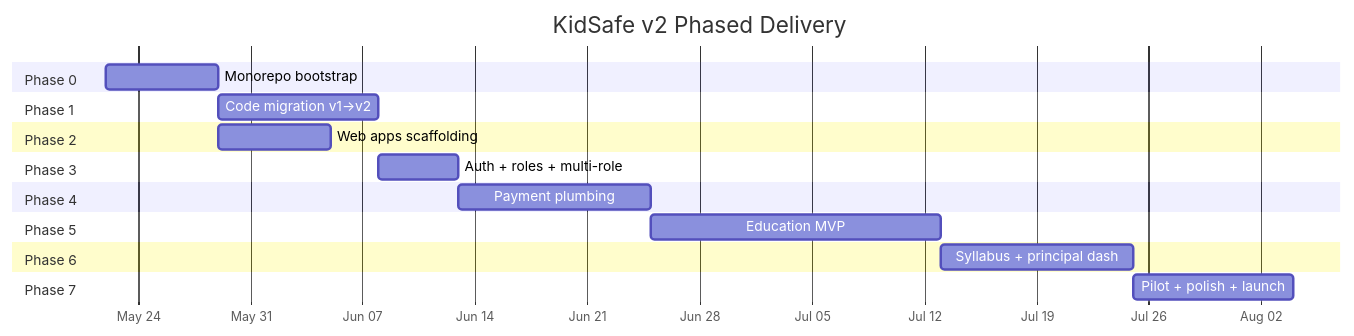
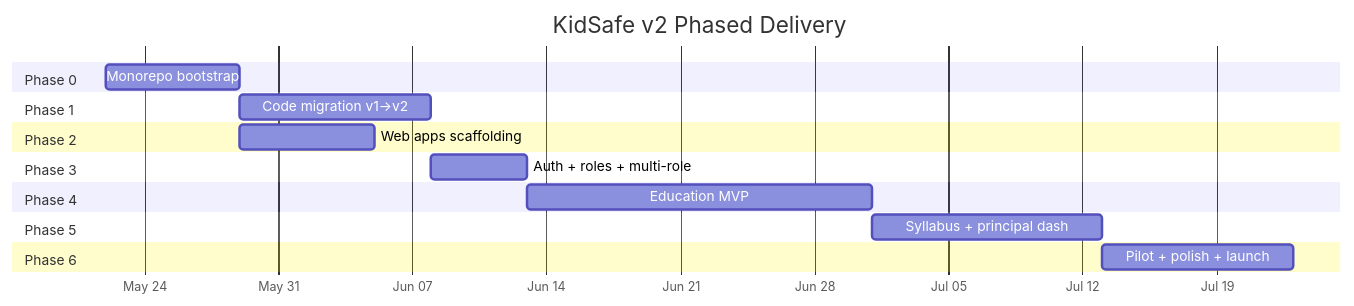
One commit to ZerebroKid/kidsafe-school changed the first of 2 diagrams in docs/V2_BUILD_PHASES.md. Above: the diagram before and after it, drawn with Mermaid. The commit also changed other lines of this file and 3 other files, not shown here.

````diff
--- a/docs/V2_BUILD_PHASES.md
+++ b/docs/V2_BUILD_PHASES.md
@@ -14,30 +14,27 @@
 ```mermaid
 gantt
   title KidSafe v2 Phased Delivery
   dateFormat YYYY-MM-DD
   axisFormat %b %d
 
   section Phase 0
   Monorepo bootstrap            :p0, 2026-05-22, 7d
 
   section Phase 1
   Code migration v1->v2         :p1, after p0, 10d
 
   section Phase 2
   Web apps scaffolding          :p2, after p0, 7d
 
   section Phase 3
   Auth + roles + multi-role     :p3, after p1, 5d
 
   section Phase 4
-  Payment plumbing              :p4, after p3, 12d
+  Education MVP                 :p4, after p3, 18d
 
   section Phase 5
-  Education MVP                 :p5, after p4, 18d
+  Syllabus + principal dash     :p5, after p4, 12d
 
   section Phase 6
-  Syllabus + principal dash     :p6, after p5, 12d
-
-  section Phase 7
-  Pilot + polish + launch       :p7, after p6, 10d
+  Pilot + polish + launch       :p6, after p5, 10d
 ```
````
